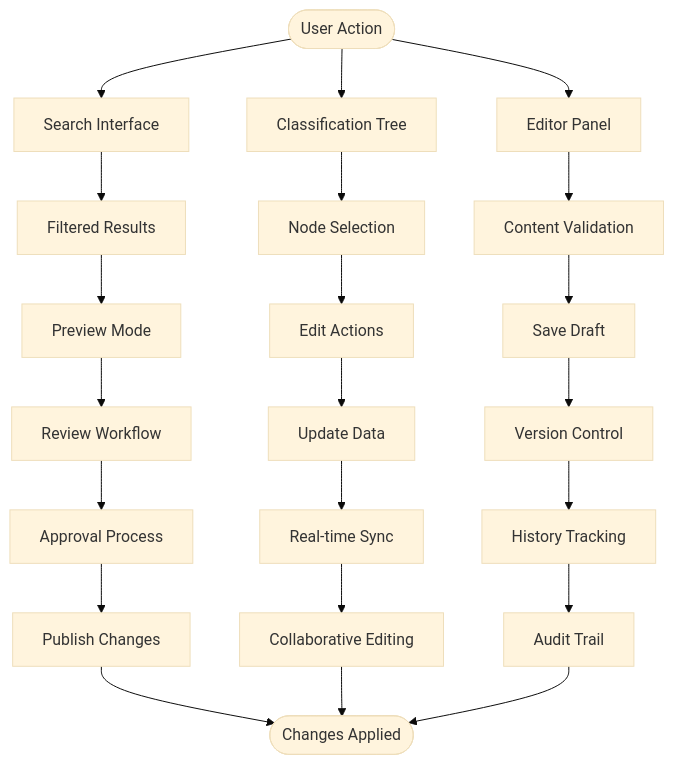
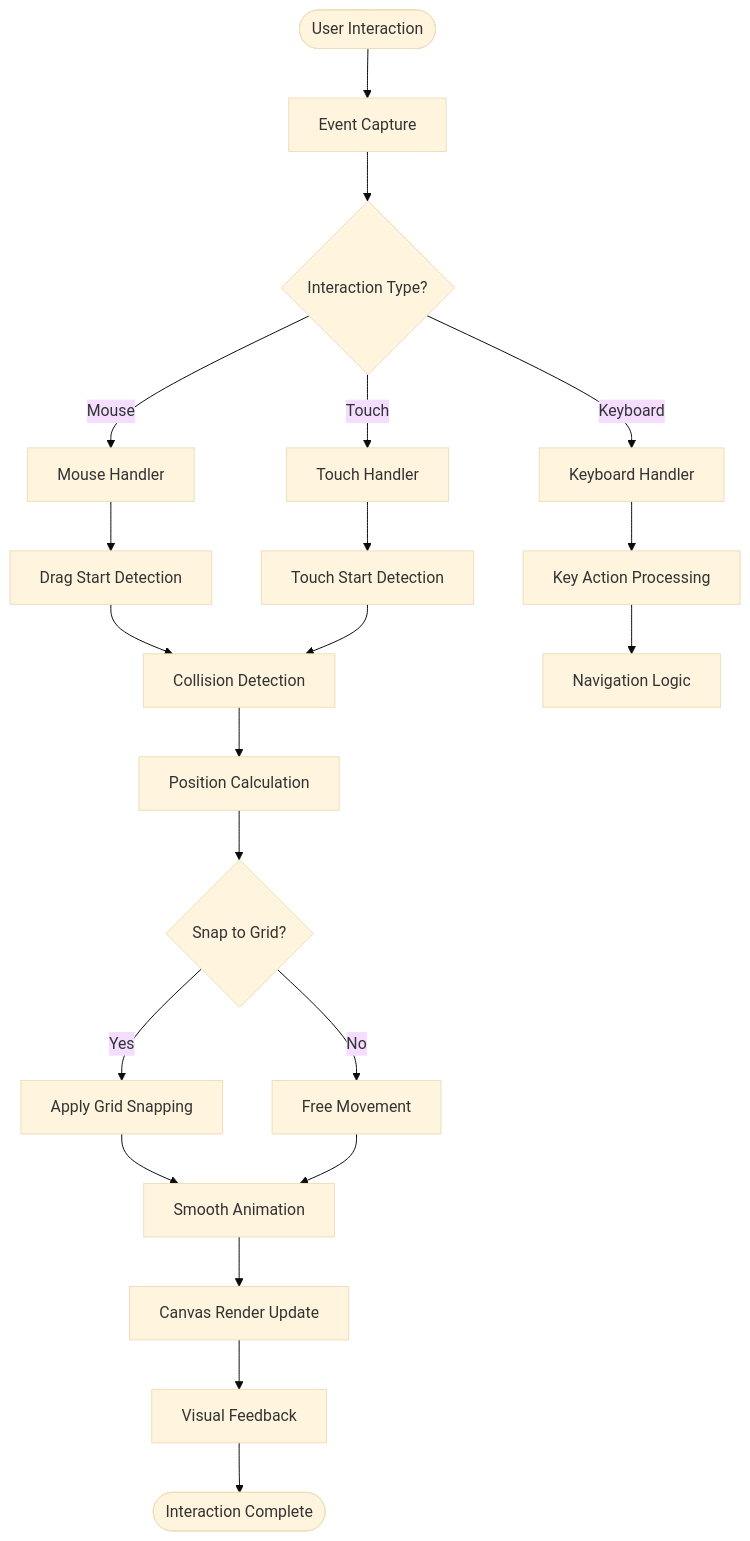
The fourth of 14 diagrams in .qoder/repowiki/en/content/System Architecture/Frontend Architecture/Component Architecture/Component Architecture.md (franckylab/eLISAschool), drawn with Mermaid (base theme) before and after one commit. The commit also changed other lines of this file and 97 other files, not shown here.

````diff
--- a/.qoder/repowiki/en/content/System Architecture/Frontend Architecture/Component Architecture/Component Architecture.md
+++ b/.qoder/repowiki/en/content/System Architecture/Frontend Architecture/Component Architecture/Component Architecture.md
@@ -345,24 +364,23 @@
 ```mermaid
 flowchart TD
-Start(["User Action"]) --> Search["Search Interface"]
-Start --> Tree["Classification Tree"]
-Start --> Editor["Editor Panel"]
-Search --> Results["Filtered Results"]
-Tree --> NodeSelection["Node Selection"]
-Editor --> Validation["Content Validation"]
-Results --> Preview["Preview Mode"]
-NodeSelection --> EditAction["Edit Actions"]
-Validation --> SaveDraft["Save Draft"]
-Preview --> Review["Review Workflow"]
-EditAction --> Update["Update Data"]
-SaveDraft --> VersionControl["Version Control"]
-Review --> Approve["Approval Process"]
-Update --> Sync["Real-time Sync"]
-VersionControl --> History["History Tracking"]
-Approve --> Publish["Publish Changes"]
-Sync --> Collaborate["Collaborative Editing"]
-History --> Audit["Audit Trail"]
-Publish --> End(["Changes Applied"])
-Collaborate --> End
-Audit --> End
+Start(["User Interaction"]) --> EventCapture["Event Capture"]
+EventCapture --> TypeDetection{"Interaction Type?"}
+TypeDetection --> |Mouse| MouseHandler["Mouse Handler"]
+TypeDetection --> |Touch| TouchHandler["Touch Handler"]
+TypeDetection --> |Keyboard| KeyboardHandler["Keyboard Handler"]
+MouseHandler --> DragStart["Drag Start Detection"]
+TouchHandler --> TouchStart["Touch Start Detection"]
+KeyboardHandler --> KeyAction["Key Action Processing"]
+DragStart --> CollisionCheck["Collision Detection"]
+TouchStart --> CollisionCheck
+KeyAction --> Navigation["Navigation Logic"]
+CollisionCheck --> PositionCalc["Position Calculation"]
+PositionCalc --> SnapCheck{"Snap to Grid?"}
+SnapCheck --> |Yes| GridSnap["Apply Grid Snapping"]
+SnapCheck --> |No| FreeMove["Free Movement"]
+GridSnap --> Animation["Smooth Animation"]
+FreeMove --> Animation
+Animation --> RenderUpdate["Canvas Render Update"]
+RenderUpdate --> Feedback["Visual Feedback"]
+Feedback --> End(["Interaction Complete"])
 ```
````
